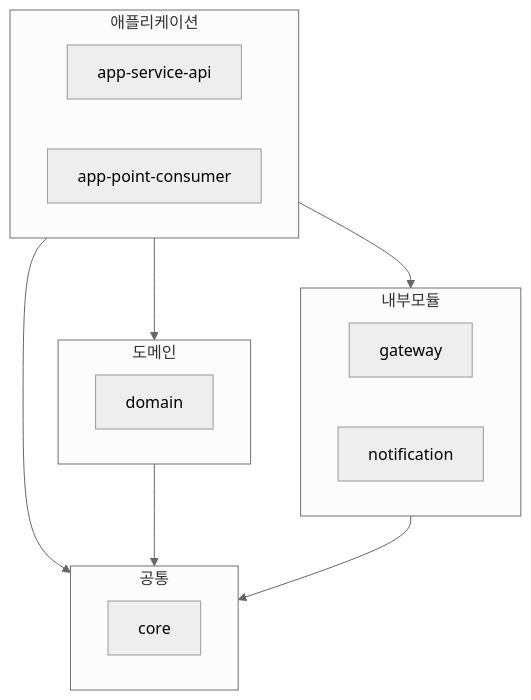
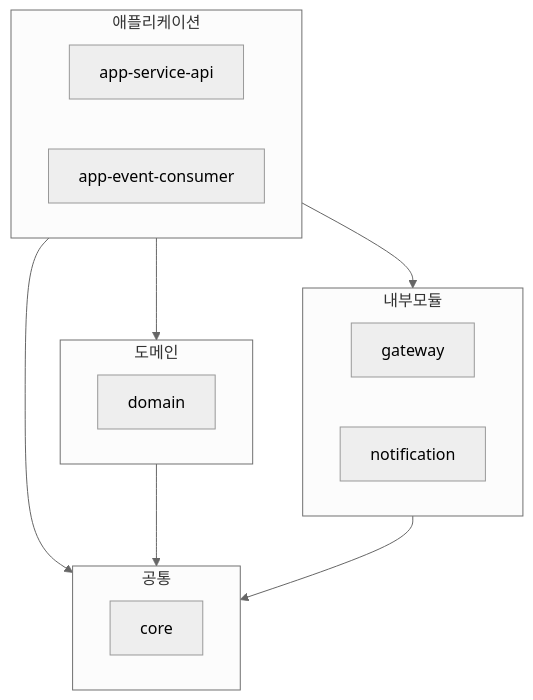
One commit to f-lab-edu/flirting changed the diagram in README.md. Above: the diagram before and after it, drawn with Mermaid (neutral theme). The commit also changed 9 other files, not shown here.

````diff
--- a/README.md
+++ b/README.md
@@ -8,26 +8,26 @@
 ```mermaid
 flowchart TB
     subgraph 애플리케이션
 		app_service_api[app-service-api]
-		app_point_consumer[app-point-consumer]
+		app_event_consumer[app-event-consumer]
     end
 
     subgraph 내부모듈
 		gateway
 		notification
 		end
 
     subgraph 도메인
 		domain
 		end
 
     subgraph 공통
 		core
 		end
 
     애플리케이션 --> 도메인
 		애플리케이션 --> 공통
 		애플리케이션 --> 내부모듈
 		도메인 --> 공통
 		내부모듈 --> 공통
 ```
````
